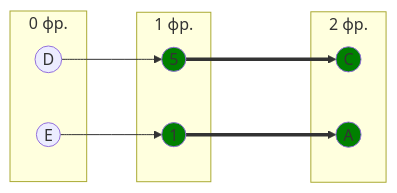
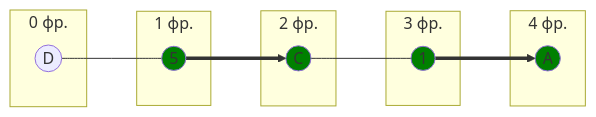
Before and after one commit to algos-ris-24-3/manual-tasks: the fifth of 14 diagrams in Задание 8/syndicate.md, drawn with Mermaid. The commit also changed other lines of this file, not shown here.

````diff
--- a/Задание 8/syndicate.md
+++ b/Задание 8/syndicate.md
@@ -113,22 +205,24 @@
 ```mermaid
 graph LR
-    subgraph " 0 фр."
+    subgraph "0 фр."
         D((D))
-        E((E))
     end
-    subgraph " 1 фр."
+    subgraph "1 фр."
         5((5))
+    end
+    subgraph "2 фр."
+        C((C))
+    end
+    subgraph "3 фр."
         1((1))
     end
-    subgraph " 2 фр."
-        C((C))
+        subgraph "4 фр."
         A((A))
     end
-    D --> 5 ===> C
-    E --> 1 ===> A
-    
+    D --- 5 ==> C --- 1 ==> A
+
     style C fill:#008000
     style A fill:#008000
+    style 1 fill:#008000
     style 5 fill:#008000
-    style 1 fill:#008000
 ```
````
